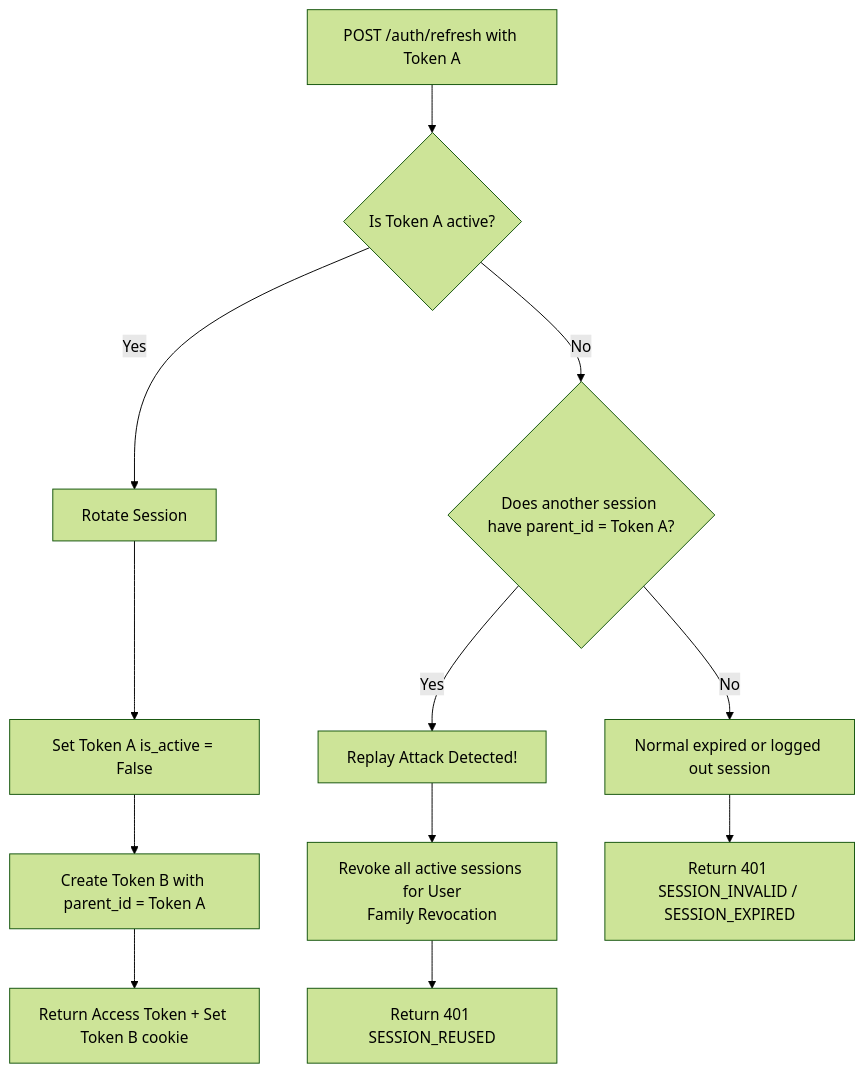
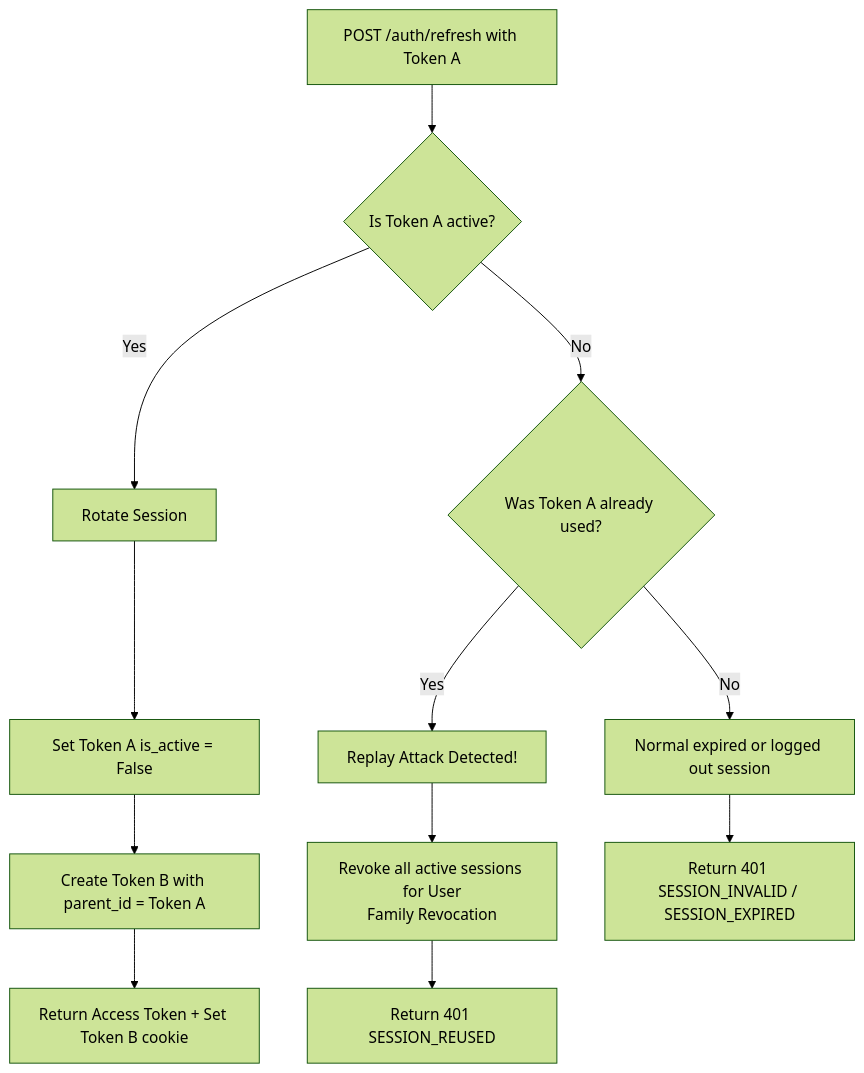
Before and after one commit to khoanguyenn/uscornie: the second of 2 diagrams in backend/auth/README.md, drawn with Mermaid (forest theme).

Commit message:
docs(auth): simplify flowchart condition text in README.md

````diff
--- a/backend/auth/README.md
+++ b/backend/auth/README.md
@@ -65,18 +65,18 @@
 ```mermaid
 graph TD
     A[POST /auth/refresh with Token A] --> B{Is Token A active?}
 
     B -- Yes --> C[Rotate Session]
     C --> C1[Set Token A is_active = False]
     C1 --> C2[Create Token B with parent_id = Token A]
     C2 --> C3[Return Access Token + Set Token B cookie]
 
-    B -- No --> D{Does another session have parent_id = Token A?}
+    B -- No --> D{Was Token A already used?}
 
     D -- Yes --> E[Replay Attack Detected!]
     E --> E1[Revoke all active sessions for User<br>Family Revocation]
     E1 --> E2[Return 401 SESSION_REUSED]
 
     D -- No --> F[Normal expired or logged out session]
     F --> F1[Return 401 SESSION_INVALID / SESSION_EXPIRED]
 ```
````
